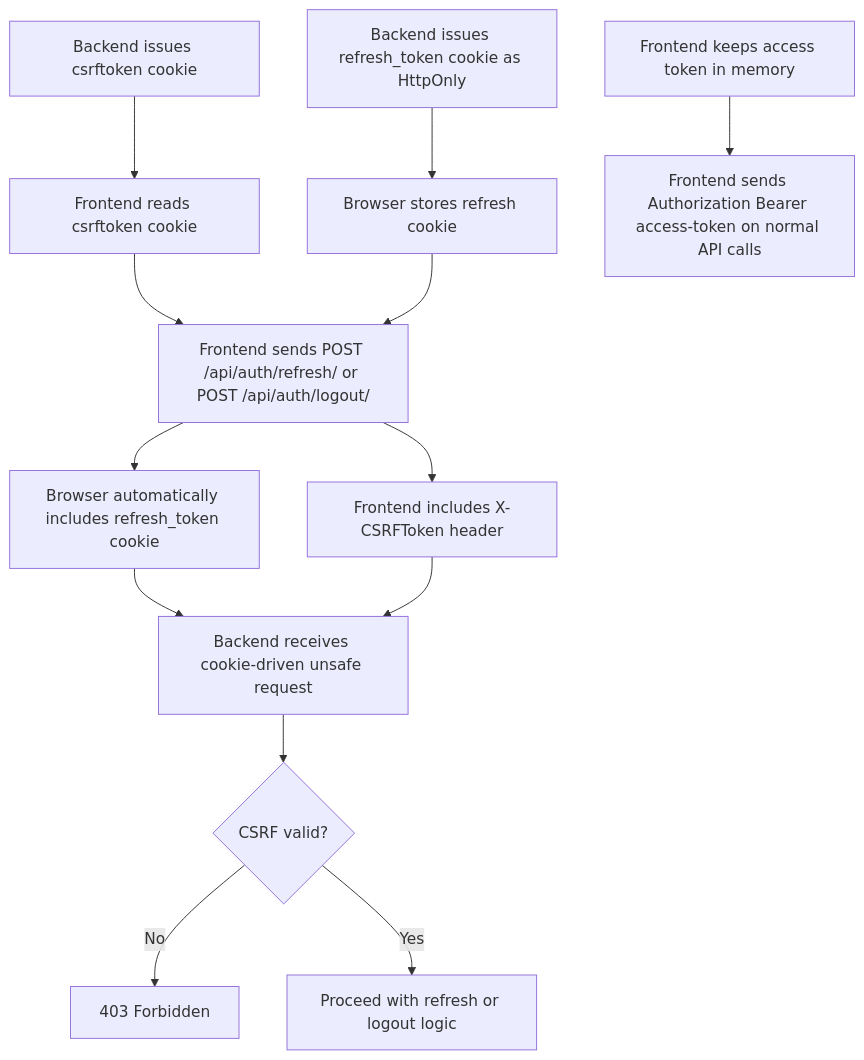
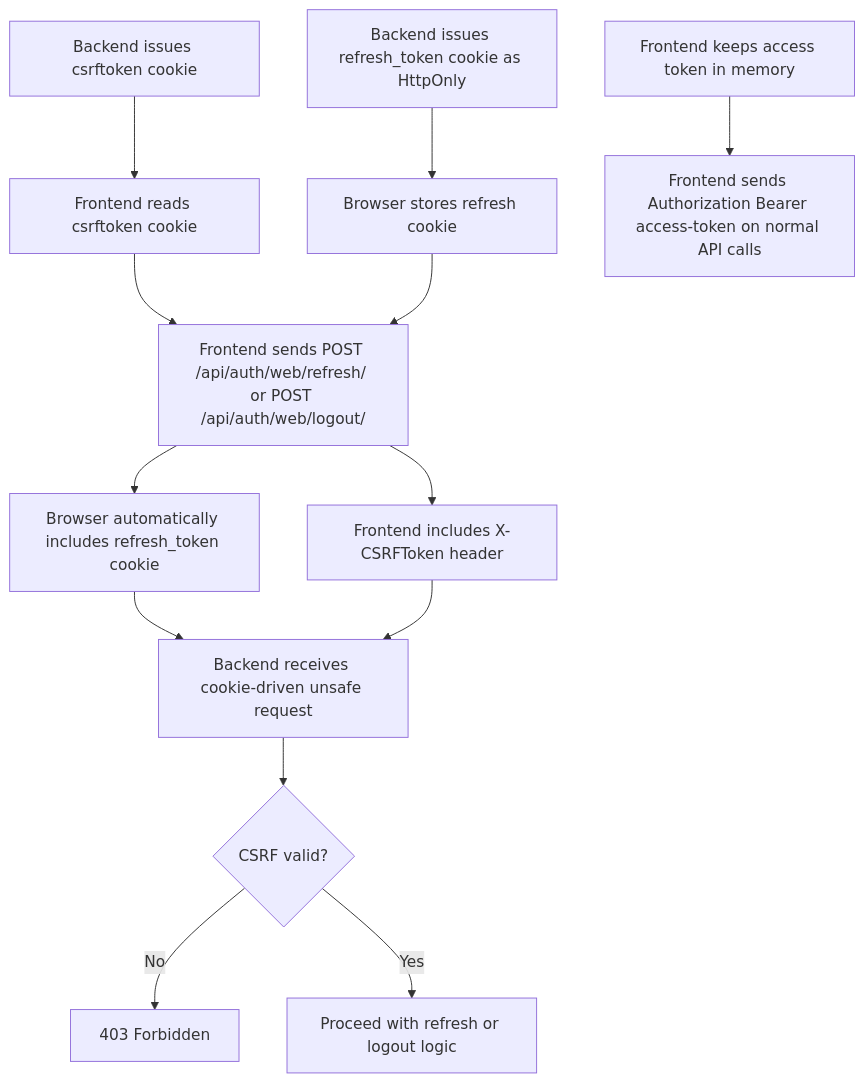
One commit to elvisrepo/long changed the third of 3 diagrams in reference_docs/knowledge/14-auth-strategy.md. Above: the diagram before and after it, drawn with Mermaid. The commit also changed other lines of this file and 6 other files, not shown here.

Commit message:
feat(auth): enforce explicit web and mobile auth transport split

````diff
--- a/reference_docs/knowledge/14-auth-strategy.md
+++ b/reference_docs/knowledge/14-auth-strategy.md
@@ -322,16 +341,16 @@
 ```mermaid
 flowchart TD
     A["Backend issues csrftoken cookie"] --> B["Frontend reads csrftoken cookie"]
     C["Backend issues refresh_token cookie as HttpOnly"] --> D["Browser stores refresh cookie"]
     E["Frontend keeps access token in memory"] --> F["Frontend sends Authorization Bearer access-token on normal API calls"]
 
-    B --> G["Frontend sends POST /api/auth/refresh/ or POST /api/auth/logout/"]
+    B --> G["Frontend sends POST /api/auth/web/refresh/ or POST /api/auth/web/logout/"]
     D --> G
     G --> H["Browser automatically includes refresh_token cookie"]
     G --> I["Frontend includes X-CSRFToken header"]
     H --> J["Backend receives cookie-driven unsafe request"]
     I --> J
     J --> K{"CSRF valid?"}
     K -- No --> L["403 Forbidden"]
     K -- Yes --> M["Proceed with refresh or logout logic"]
 ```
````
